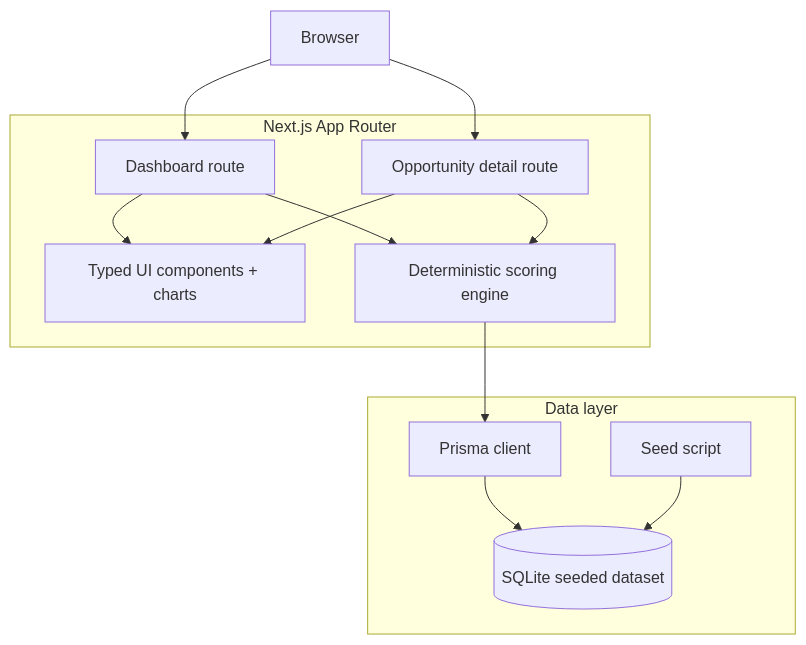
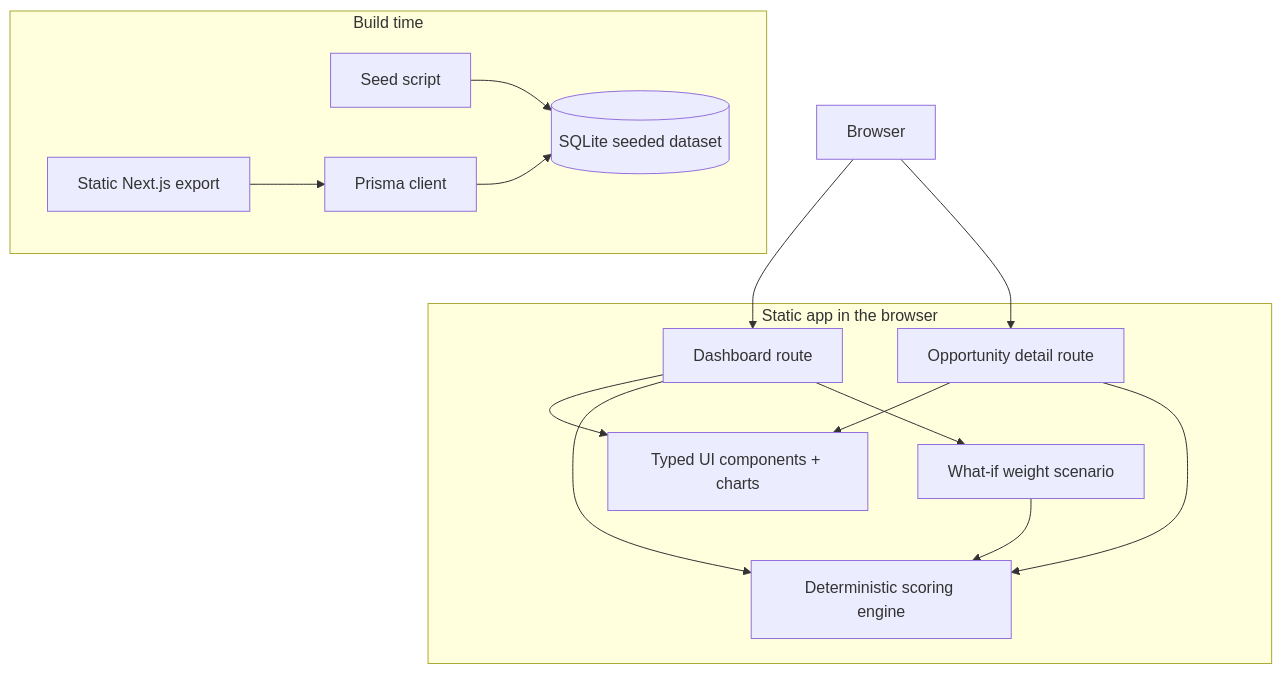
The diagram in docs/architecture-diagram.md (branqon/automation-opportunity-scorer), drawn with Mermaid before and after one commit. The commit also changed other lines of this file and 20 other files, not shown here.

````diff
--- a/docs/architecture-diagram.md
+++ b/docs/architecture-diagram.md
@@ -3,27 +3,32 @@
 ```mermaid
 flowchart TD
     Browser[Browser]
 
-    subgraph NextApp[Next.js App Router]
+    subgraph BuildTime[Build time]
+      Prisma[Prisma client]
+      SQLite[(SQLite seeded dataset)]
+      Seed[Seed script]
+      Export[Static Next.js export]
+    end
+
+    subgraph Runtime[Static app in the browser]
       Dashboard[Dashboard route]
       Detail[Opportunity detail route]
       UI[Typed UI components + charts]
       Scoring[Deterministic scoring engine]
+      WhatIf[What-if weight scenario]
     end
 
-    subgraph DataLayer[Data layer]
-      Prisma[Prisma client]
-      SQLite[(SQLite seeded dataset)]
-      Seed[Seed script]
-    end
+    Seed --> SQLite
+    Prisma --> SQLite
+    Export --> Prisma
 
     Browser --> Dashboard
     Browser --> Detail
     Dashboard --> UI
     Detail --> UI
     Dashboard --> Scoring
     Detail --> Scoring
-    Scoring --> Prisma
-    Prisma --> SQLite
-    Seed --> SQLite
+    Dashboard --> WhatIf
+    WhatIf --> Scoring
 ```
````
